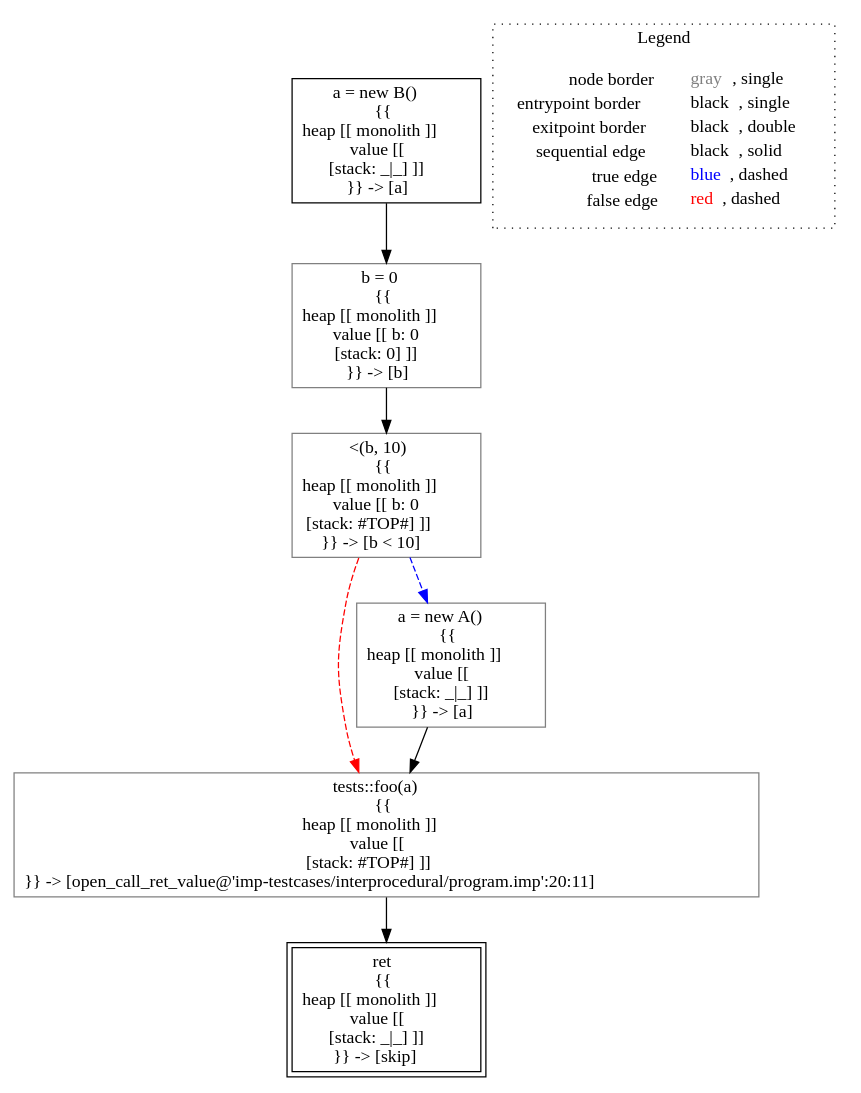
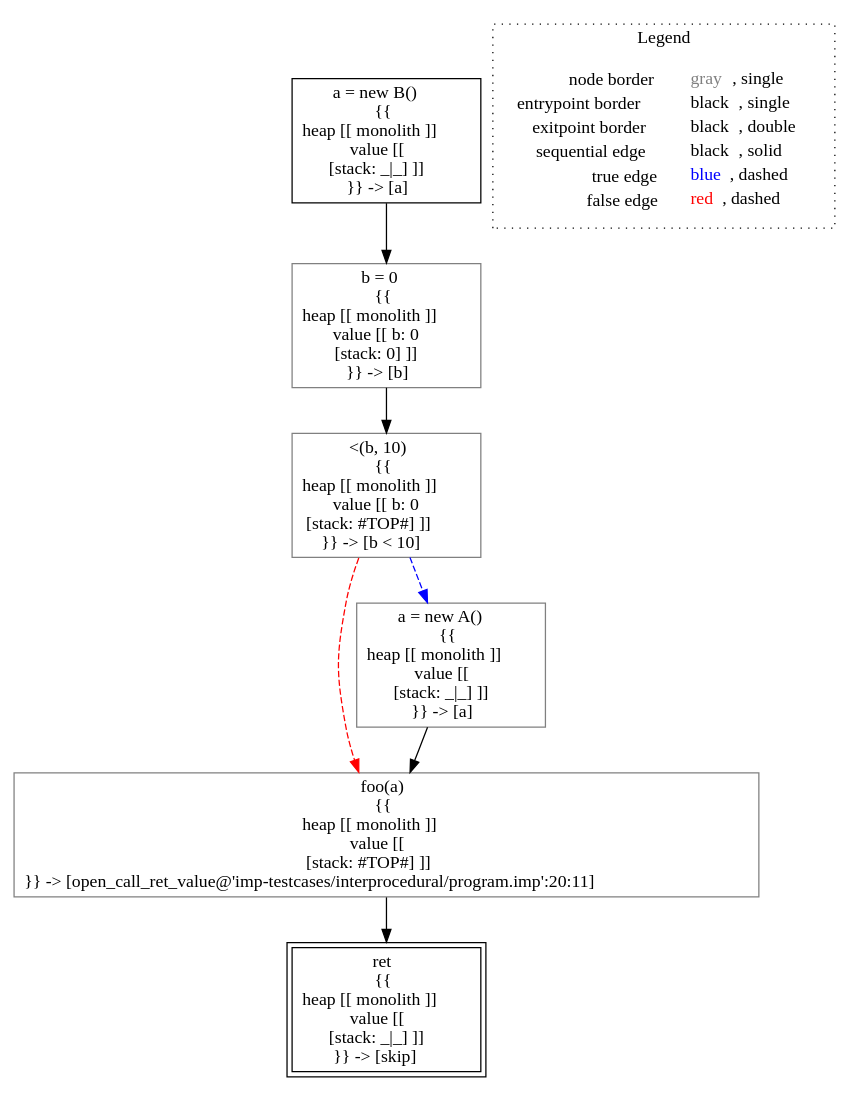
One commit to lisa-analyzer/lisa changed the diagram in lisa/lisa-core/imp-testcases/interprocedural/RTA/analysis___untyped_tests.subtyping(tests__this).dot. Above: the diagram before and after it, drawn with Graphviz. The commit also changed 36 other files, not shown here.

```diff
--- a/lisa/lisa-core/imp-testcases/interprocedural/RTA/analysis___untyped_tests.subtyping(tests__this).dot
+++ b/lisa/lisa-core/imp-testcases/interprocedural/RTA/analysis___untyped_tests.subtyping(tests__this).dot
@@ -1,21 +1,21 @@
 digraph {
 	"node0" [shape="rect",color="black",label=<a = new B()<BR/>{{<BR/>heap [[ monolith ]]<BR/>value [[ <BR/>[stack: _|_] ]]<BR/>}} -&gt; [a]>];
-	"node1" [shape="rect",color="gray",label=<tests::foo(a)<BR/>{{<BR/>heap [[ monolith ]]<BR/>value [[ <BR/>[stack: #TOP#] ]]<BR/>}} -&gt; [open_call_ret_value@'imp-testcases/interprocedural/program.imp':20:11]>];
-	"node2" [shape="rect",color="black",peripheries="2",label=<ret<BR/>{{<BR/>heap [[ monolith ]]<BR/>value [[ <BR/>[stack: _|_] ]]<BR/>}} -&gt; [skip]>];
-	"node3" [shape="rect",color="gray",label=<b = 0<BR/>{{<BR/>heap [[ monolith ]]<BR/>value [[ b: 0<BR/>[stack: 0] ]]<BR/>}} -&gt; [b]>];
-	"node4" [shape="rect",color="gray",label=<&lt;(b, 10)<BR/>{{<BR/>heap [[ monolith ]]<BR/>value [[ b: 0<BR/>[stack: #TOP#] ]]<BR/>}} -&gt; [b &lt; 10]>];
+	"node1" [shape="rect",color="gray",label=<b = 0<BR/>{{<BR/>heap [[ monolith ]]<BR/>value [[ b: 0<BR/>[stack: 0] ]]<BR/>}} -&gt; [b]>];
+	"node2" [shape="rect",color="gray",label=<&lt;(b, 10)<BR/>{{<BR/>heap [[ monolith ]]<BR/>value [[ b: 0<BR/>[stack: #TOP#] ]]<BR/>}} -&gt; [b &lt; 10]>];
+	"node3" [shape="rect",color="gray",label=<foo(a)<BR/>{{<BR/>heap [[ monolith ]]<BR/>value [[ <BR/>[stack: #TOP#] ]]<BR/>}} -&gt; [open_call_ret_value@'imp-testcases/interprocedural/program.imp':20:11]>];
+	"node4" [shape="rect",color="black",peripheries="2",label=<ret<BR/>{{<BR/>heap [[ monolith ]]<BR/>value [[ <BR/>[stack: _|_] ]]<BR/>}} -&gt; [skip]>];
 	"node5" [shape="rect",color="gray",label=<a = new A()<BR/>{{<BR/>heap [[ monolith ]]<BR/>value [[ <BR/>[stack: _|_] ]]<BR/>}} -&gt; [a]>];
 	"node1" -> "node2" [color="black"];
+	"node0" -> "node1" [color="black"];
+	"node2" -> "node3" [color="red",style="dashed"];
+	"node2" -> "node5" [color="blue",style="dashed"];
 	"node3" -> "node4" [color="black"];
-	"node4" -> "node1" [color="red",style="dashed"];
-	"node4" -> "node5" [color="blue",style="dashed"];
-	"node0" -> "node3" [color="black"];
-	"node5" -> "node1" [color="black"];
+	"node5" -> "node3" [color="black"];
 subgraph cluster_legend {
 	label="Legend";
 	style=dotted;
 	node [shape=plaintext];
 	"legend" [label=<<table border="0" cellpadding="2" cellspacing="0" cellborder="0"><tr><td align="right">node border&nbsp;</td><td align="left"><font color="gray">gray</font>, single</td></tr><tr><td align="right">entrypoint border&nbsp;</td><td align="left"><font color="black">black</font>, single</td></tr><tr><td align="right">exitpoint border&nbsp;</td><td align="left"><font color="black">black</font>, double</td></tr><tr><td align="right">sequential edge&nbsp;</td><td align="left"><font color="black">black</font>, solid</td></tr><tr><td align="right">true edge&nbsp;</td><td align="left"><font color="blue">blue</font>, dashed</td></tr><tr><td align="right">false edge&nbsp;</td><td align="left"><font color="red">red</font>, dashed</td></tr></table>>];
 }
 
 }
```
